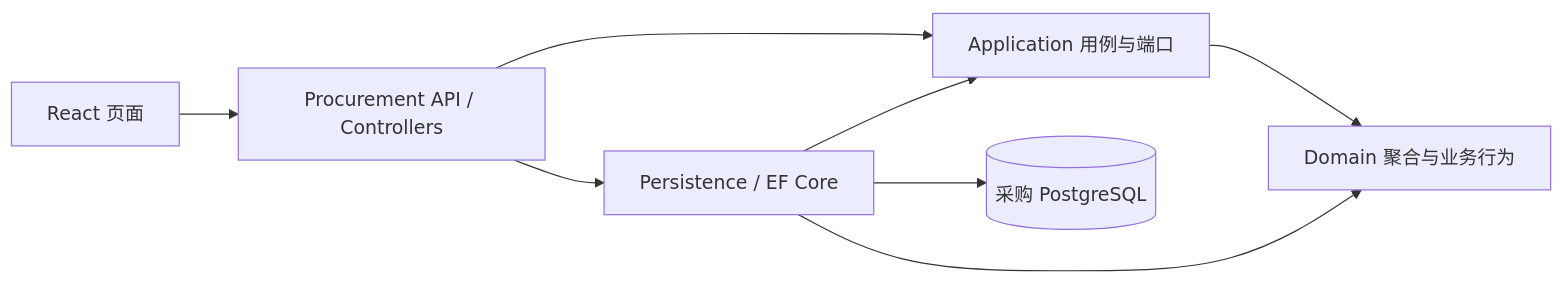
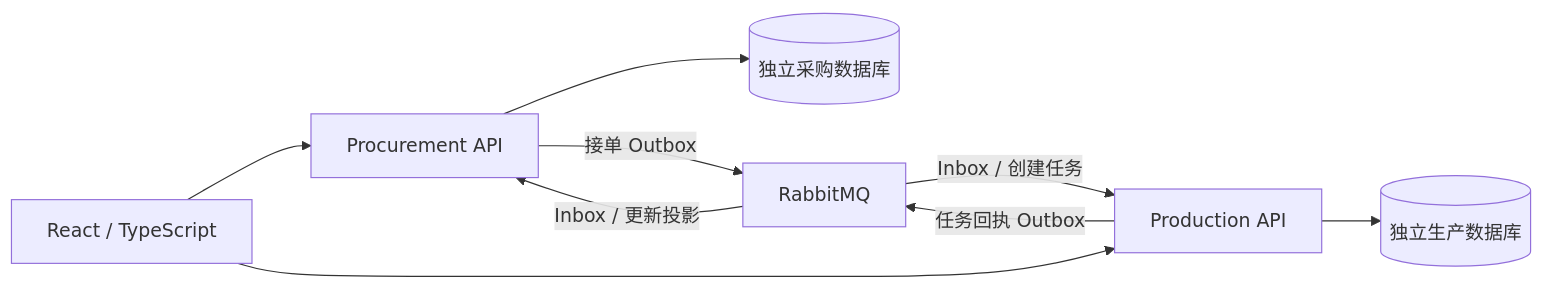
One commit to odaneo/scm-collaboration changed the diagram in README.md. Above: the diagram before and after it, drawn with Mermaid. The commit also changed other lines of this file and 77 other files, not shown here.

````diff
--- a/README.md
+++ b/README.md
@@ -65,10 +86,11 @@
 ```mermaid
 flowchart LR
-    UI[React 页面] --> API[Procurement API / Controllers]
-    API --> APP[Application 用例与端口]
-    APP --> DOMAIN[Domain 聚合与业务行为]
-    API --> PERSIST[Persistence / EF Core]
-    PERSIST --> APP
-    PERSIST --> DOMAIN
-    PERSIST --> PG[(采购 PostgreSQL)]
+  UI[React / TypeScript] --> P[Procurement API]
+  UI --> R[Production API]
+  P --> PD[(独立采购数据库)]
+  R --> RD[(独立生产数据库)]
+  P -->|接单 Outbox| MQ[RabbitMQ]
+  MQ -->|Inbox / 创建任务| R
+  R -->|任务回执 Outbox| MQ
+  MQ -->|Inbox / 更新投影| P
 ```
````
